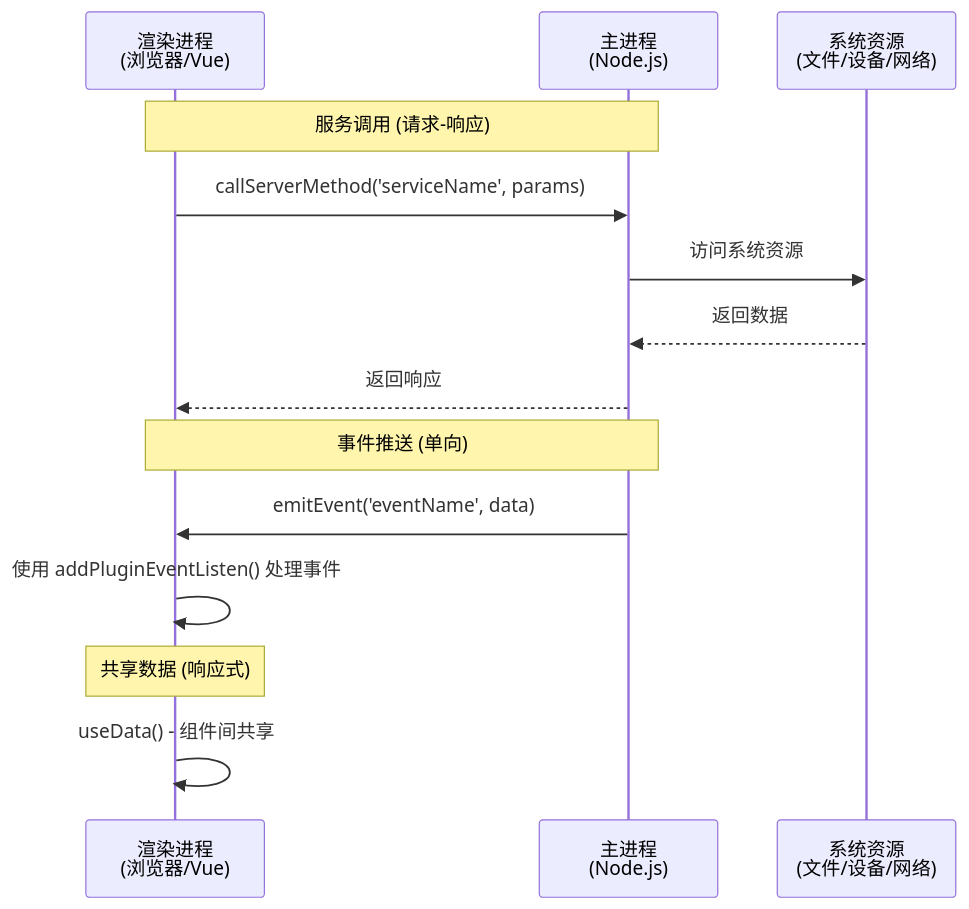
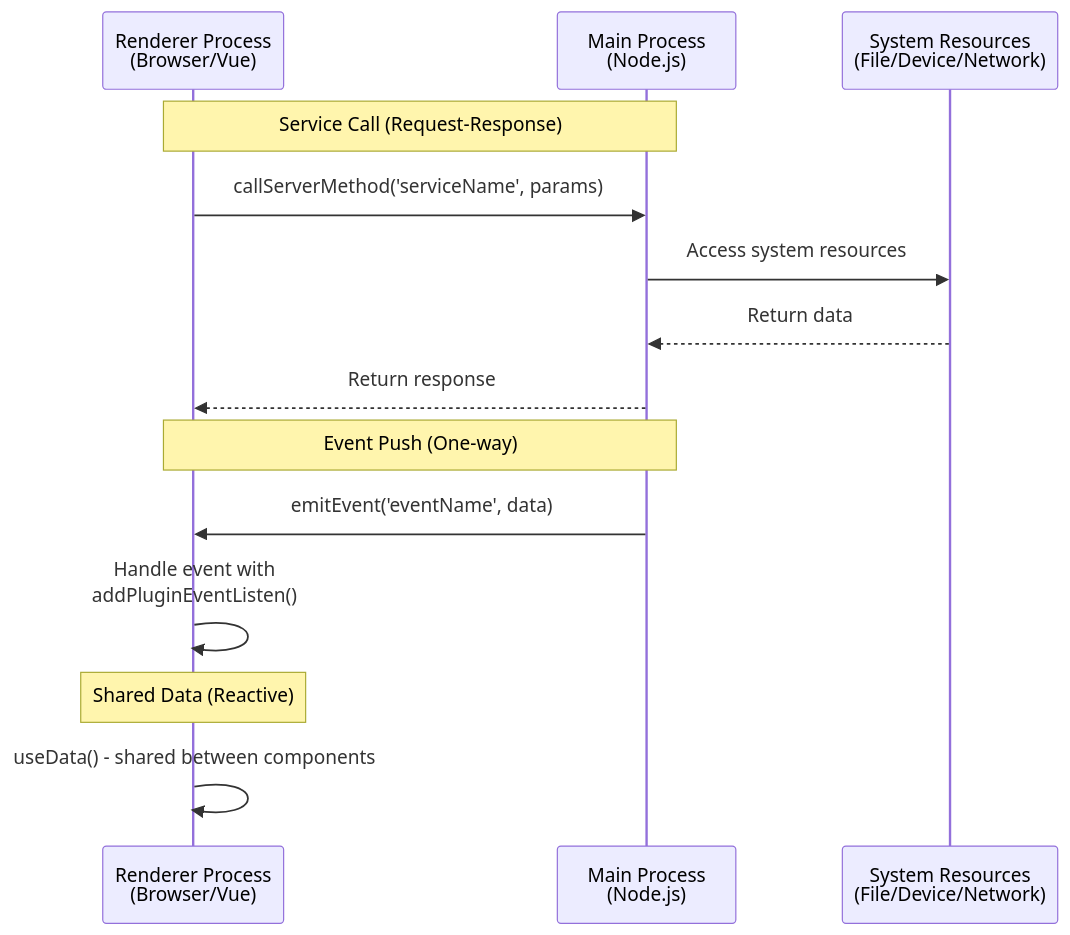
One commit to ecubus/EcuBus-Pro changed the second of 2 diagrams in docs/zh/dev/plugin.md. Above: the diagram before and after it, drawn with Mermaid. The commit also changed other lines of this file, not shown here.

Commit message:
New translations plugin.md (Chinese Simplified)

````diff
--- a/docs/zh/dev/plugin.md
+++ b/docs/zh/dev/plugin.md
@@ -186,19 +186,19 @@
 ```mermaid
 sequenceDiagram
-    participant R as 渲染进程<br/>(浏览器/Vue)
-    participant M as 主进程<br/>(Node.js)
-    participant S as 系统资源<br/>(文件/设备/网络)
+    participant R as Renderer Process<br/>(Browser/Vue)
+    participant M as Main Process<br/>(Node.js)
+    participant S as System Resources<br/>(File/Device/Network)
     
-    Note over R,M: 服务调用 (请求-响应)
+    Note over R,M: Service Call (Request-Response)
     R->>M: callServerMethod('serviceName', params)
-    M->>S: 访问系统资源
-    S-->>M: 返回数据
-    M-->>R: 返回响应
+    M->>S: Access system resources
+    S-->>M: Return data
+    M-->>R: Return response
     
-    Note over R,M: 事件推送 (单向)
+    Note over R,M: Event Push (One-way)
     M->>R: emitEvent('eventName', data)
-    R->>R: 使用 addPluginEventListen() 处理事件
+    R->>R: Handle event with<br/>addPluginEventListen()
     
-    Note over R: 共享数据 (响应式)
-    R->>R: useData() - 组件间共享
+    Note over R: Shared Data (Reactive)
+    R->>R: useData() - shared between components
 ```
````
